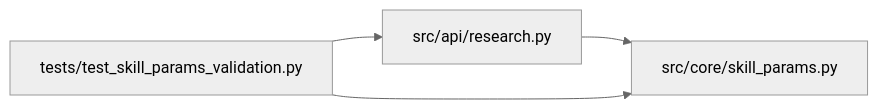
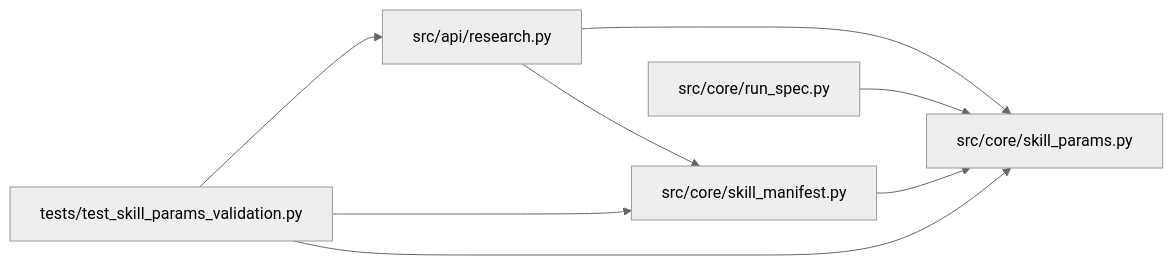
One commit to Denissvgn/autoresearch-agent changed the diagram in docs/llm_wiki/modules/skill_params.md. Above: the diagram before and after it, drawn with Mermaid (neutral theme). The commit also changed other lines of this file and 1033 other files, not shown here.

````diff
--- a/docs/llm_wiki/modules/skill_params.md
+++ b/docs/llm_wiki/modules/skill_params.md
@@ -46,12 +46,20 @@
 ```mermaid
 flowchart LR
     n0["src/api/research.py"]
-    n1["src/core/skill_params.py"]
-    n2["tests/test_skill_params_validation.py"]
-    n0 --> n1
-    n2 --> n0
-    n2 --> n1
+    n1["src/core/run_spec.py"]
+    n2["src/core/skill_manifest.py"]
+    n3["src/core/skill_params.py"]
+    n4["tests/test_skill_params_validation.py"]
+    n0 --> n2
+    n0 --> n3
+    n1 --> n3
+    n2 --> n3
+    n4 --> n0
+    n4 --> n2
+    n4 --> n3
     click n0 "../modules/research.md"
-    click n1 "../modules/skill_params.md"
-    click n2 "../modules/test_skill_params_validation.md"
+    click n1 "../modules/run_spec.md"
+    click n2 "../modules/skill_manifest.md"
+    click n3 "../modules/skill_params.md"
+    click n4 "../modules/test_skill_params_validation.md"
 ```
````
